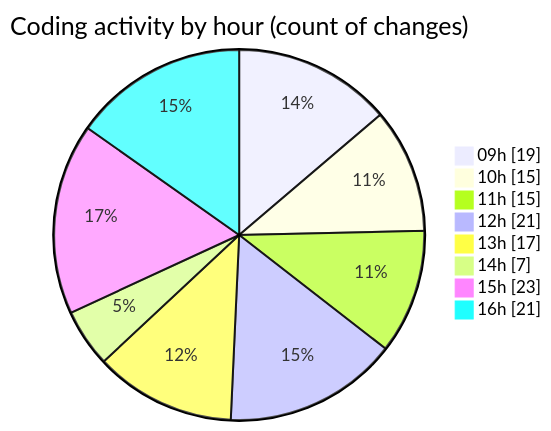
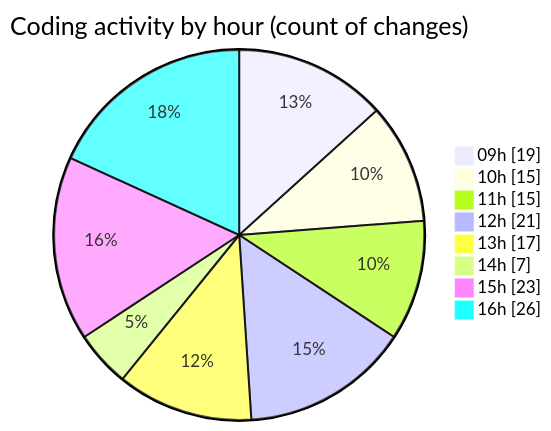
One commit to momahboobian/code-tracking changed the second of 2 diagrams in 2025-09-05/cda/README.md. Above: the diagram before and after it, drawn with Mermaid. The commit also changed other lines of this file and 1 other file, not shown here.

````diff
--- a/2025-09-05/cda/README.md
+++ b/2025-09-05/cda/README.md
@@ -37,12 +37,12 @@
 ```mermaid
 pie showData
 title Coding activity by hour (count of changes)
 "09h" : 19
 "10h" : 15
 "11h" : 15
 "12h" : 21
 "13h" : 17
 "14h" : 7
 "15h" : 23
-"16h" : 21
+"16h" : 26
 ```
````
